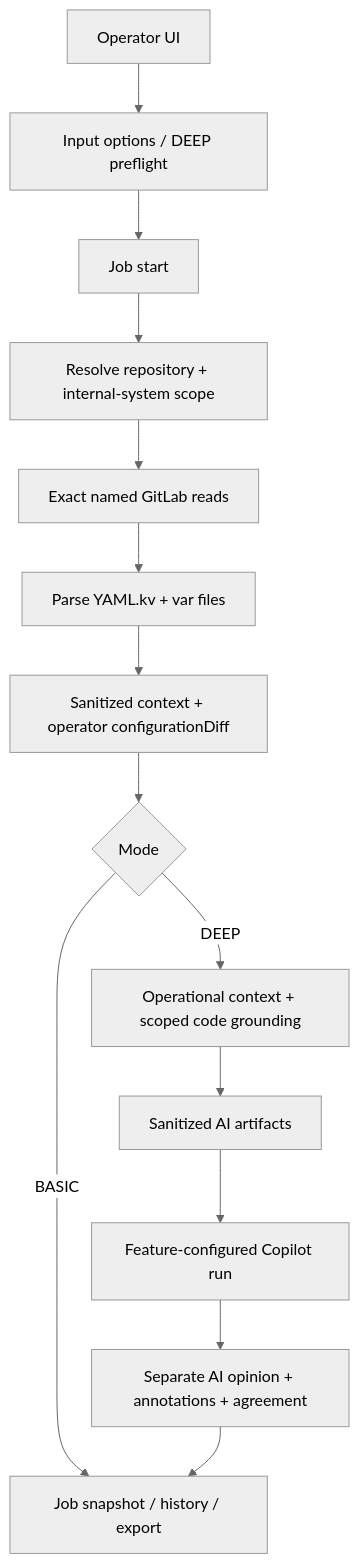
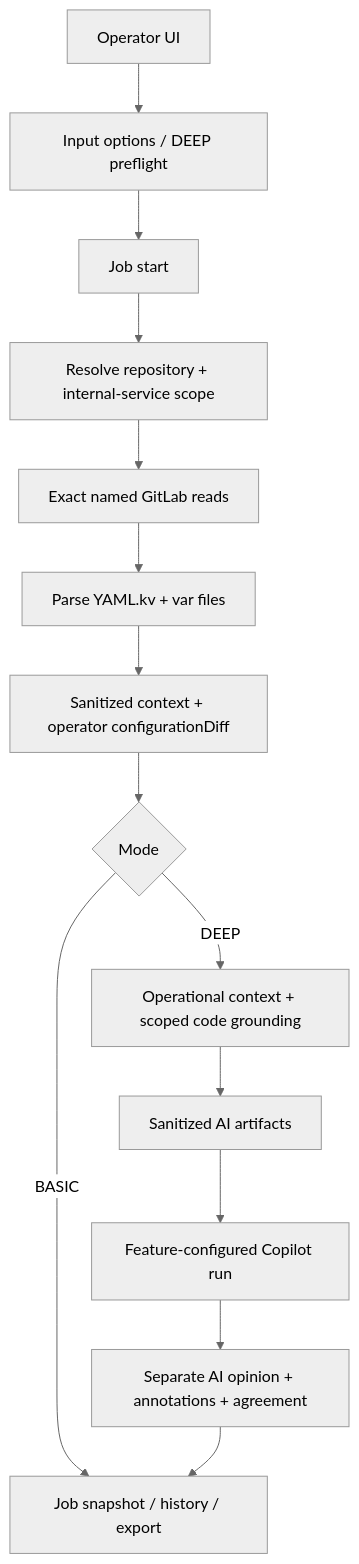
The diagram in docs/architecture/config-drift-viewer-runtime-flow.md (herald-assistant/incident-tracker), drawn with Mermaid (neutral theme) before and after one commit. The commit also changed other lines of this file and 24 other files, not shown here.

````diff
--- a/docs/architecture/config-drift-viewer-runtime-flow.md
+++ b/docs/architecture/config-drift-viewer-runtime-flow.md
@@ -67,16 +67,16 @@
 ```mermaid
 flowchart TD
     UI["Operator UI"] --> OPTIONS["Input options / DEEP preflight"]
     OPTIONS --> JOB["Job start"]
-    JOB --> SCOPE["Resolve repository + internal-system scope"]
+    JOB --> SCOPE["Resolve repository + internal-service scope"]
     SCOPE --> SOURCE["Exact named GitLab reads"]
     SOURCE --> PARSE["Parse YAML.kv + var files"]
     PARSE --> BUILD["Sanitized context + operator configurationDiff"]
     BUILD --> MODE{"Mode"}
     MODE -->|BASIC| RESULT["Job snapshot / history / export"]
     MODE -->|DEEP| ENRICH["Operational context + scoped code grounding"]
     ENRICH --> SANITIZE["Sanitized AI artifacts"]
     SANITIZE --> AI["Feature-configured Copilot run"]
     AI --> MERGE["Separate AI opinion + annotations + agreement"]
     MERGE --> RESULT
 ```
````
